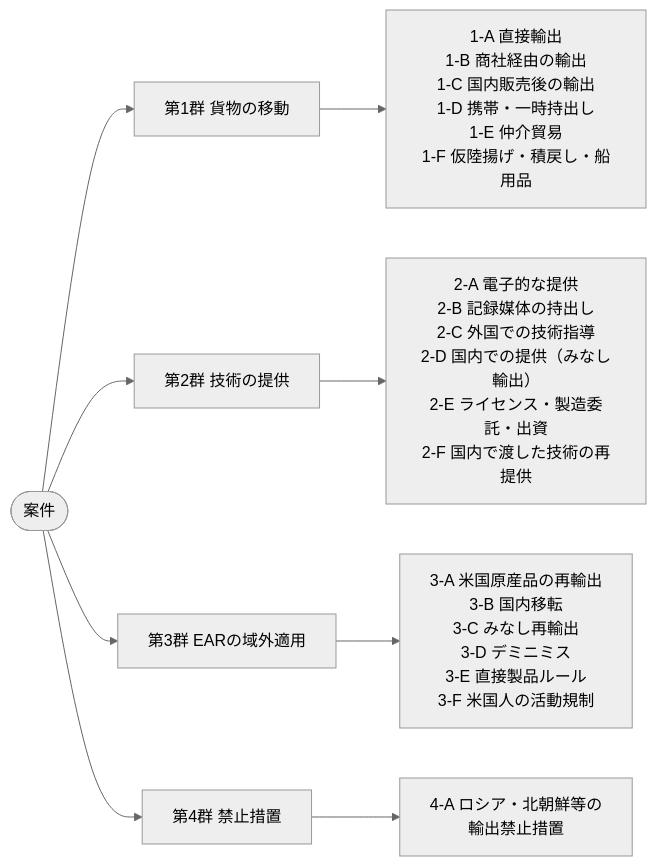
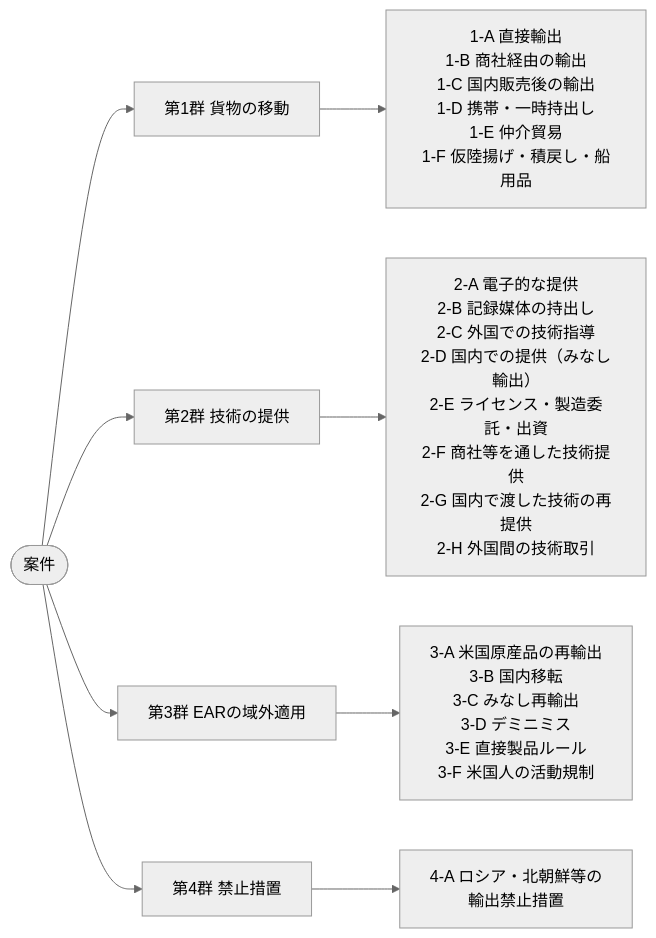
The first of 2 diagrams in content/ja/docs/01-overview/export-patterns/index.md (bamboo-go/export-control-hub), drawn with Mermaid (neutral theme) before and after one commit. The commit also changed other lines of this file, not shown here.

````diff
--- a/content/ja/docs/01-overview/export-patterns/index.md
+++ b/content/ja/docs/01-overview/export-patterns/index.md
@@ -16,11 +16,11 @@
 ```mermaid
 flowchart LR
   R(["案件"]) --> G1["第1群 貨物の移動"]
   R --> G2["第2群 技術の提供"]
   R --> G3["第3群 EARの域外適用"]
   R --> G4["第4群 禁止措置"]
   G1 --> A1["1-A 直接輸出<br/>1-B 商社経由の輸出<br/>1-C 国内販売後の輸出<br/>1-D 携帯・一時持出し<br/>1-E 仲介貿易<br/>1-F 仮陸揚げ・積戻し・船用品"]
-  G2 --> A2["2-A 電子的な提供<br/>2-B 記録媒体の持出し<br/>2-C 外国での技術指導<br/>2-D 国内での提供（みなし輸出）<br/>2-E ライセンス・製造委託・出資<br/>2-F 国内で渡した技術の再提供"]
+  G2 --> A2["2-A 電子的な提供<br/>2-B 記録媒体の持出し<br/>2-C 外国での技術指導<br/>2-D 国内での提供（みなし輸出）<br/>2-E ライセンス・製造委託・出資<br/>2-F 商社等を通した技術提供<br/>2-G 国内で渡した技術の再提供<br/>2-H 外国間の技術取引"]
   G3 --> A3["3-A 米国原産品の再輸出<br/>3-B 国内移転<br/>3-C みなし再輸出<br/>3-D デミニミス<br/>3-E 直接製品ルール<br/>3-F 米国人の活動規制"]
   G4 --> A4["4-A ロシア・北朝鮮等の<br/>輸出禁止措置"]
 ```
````
